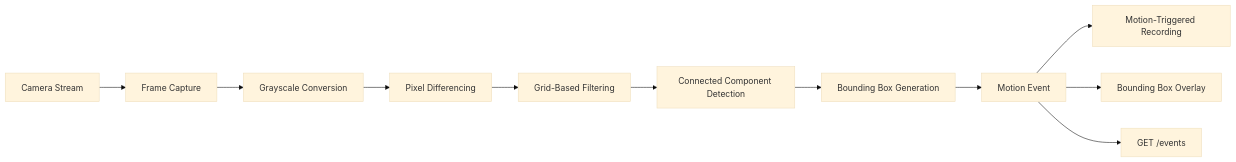
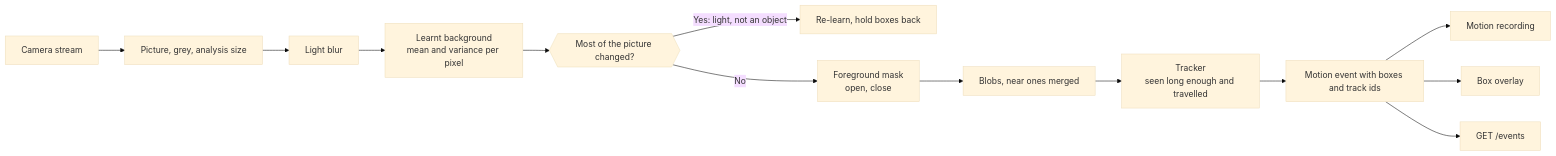
The first of 2 diagrams in docs/motion-detection.md (davidkallesen/AtcSoft.VideoSurveillance), drawn with Mermaid (base theme) before and after one commit. The commit also changed other lines of this file and 21 other files, not shown here.

````diff
--- a/docs/motion-detection.md
+++ b/docs/motion-detection.md
@@ -9,13 +9,15 @@
 ```mermaid
 graph LR
-    Stream["Camera Stream"] --> Capture["Frame Capture"]
-    Capture --> Grayscale["Grayscale Conversion"]
-    Grayscale --> Diff["Pixel Differencing"]
-    Diff --> Grid["Grid-Based Filtering"]
-    Grid --> Cluster["Connected Component Detection"]
-    Cluster --> BBox["Bounding Box Generation"]
-    BBox --> Event["Motion Event"]
-    Event --> Recording["Motion-Triggered Recording"]
-    Event --> UI["Bounding Box Overlay"]
+    Stream["Camera stream"] --> Capture["Picture, grey, analysis size"]
+    Capture --> Blur["Light blur"]
+    Blur --> Background["Learnt background<br/>mean and variance per pixel"]
+    Background --> Light{{"Most of the picture changed?"}}
+    Light -- "Yes: light, not an object" --> Relearn["Re-learn, hold boxes back"]
+    Light -- No --> Mask["Foreground mask<br/>open, close"]
+    Mask --> Blobs["Blobs, near ones merged"]
+    Blobs --> Tracker["Tracker<br/>seen long enough and travelled"]
+    Tracker --> Event["Motion event with boxes and track ids"]
+    Event --> Recording["Motion recording"]
+    Event --> UI["Box overlay"]
     Event --> Events["GET /events"]
 ```
````
